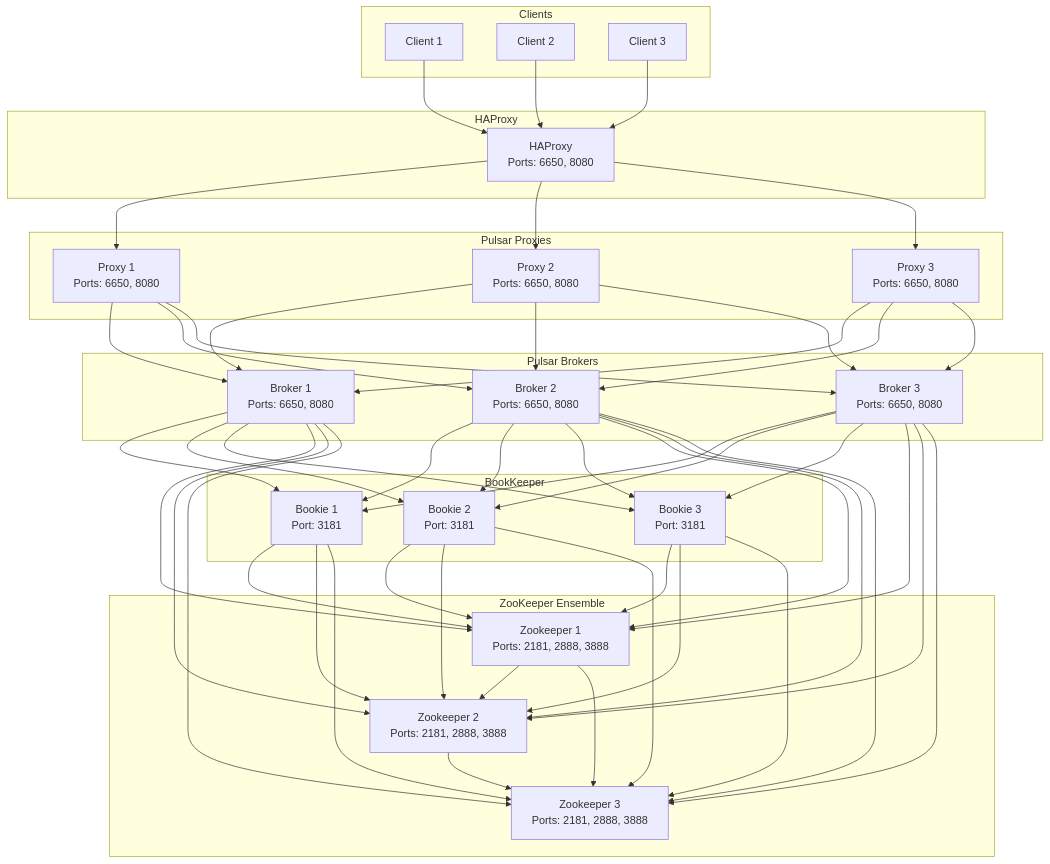
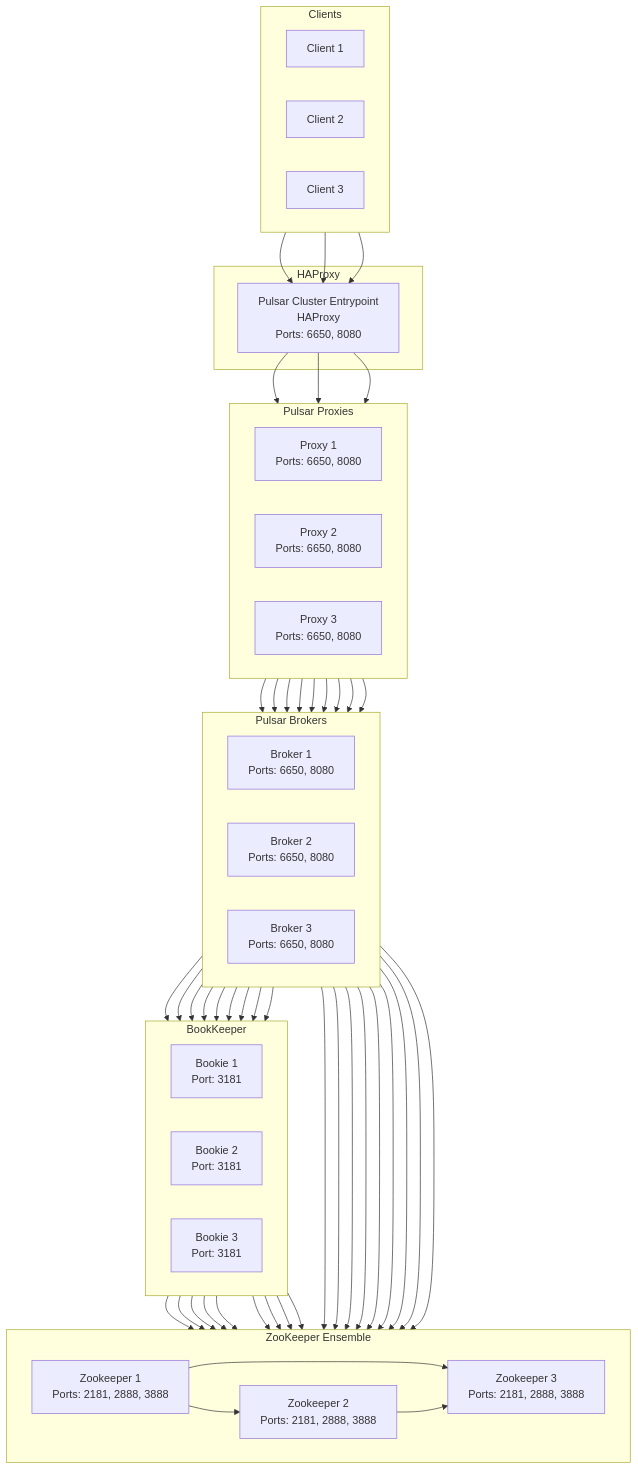
Before and after one commit to dellius-alexander/Milvus-HA-Cluster: the diagram in .devcontainer/services/pulsar/README.md, drawn with Mermaid.

Commit message:
refined pulsar cluster

````diff
--- a/.devcontainer/services/pulsar/README.md
+++ b/.devcontainer/services/pulsar/README.md
@@ -94,34 +94,39 @@
 ```mermaid
 graph TD
     subgraph Clients
+        direction LR
         C1[Client 1]
         C2[Client 2]
         C3[Client 3]
     end
 
     subgraph HAProxy
-        HP[HAProxy<br>Ports: 6650, 8080]
+        HP[Pulsar Cluster Entrypoint<br>HAProxy<br>Ports: 6650, 8080]
     end
 
     subgraph Pulsar Proxies
+        direction LR
         P1[Proxy 1<br>Ports: 6650, 8080]
         P2[Proxy 2<br>Ports: 6650, 8080]
         P3[Proxy 3<br>Ports: 6650, 8080]
     end
 
     subgraph Pulsar Brokers
+        direction LR
         B1[Broker 1<br>Ports: 6650, 8080]
         B2[Broker 2<br>Ports: 6650, 8080]
         B3[Broker 3<br>Ports: 6650, 8080]
     end
 
     subgraph BookKeeper
+        direction LR
         BK1[Bookie 1<br>Port: 3181]
         BK2[Bookie 2<br>Port: 3181]
         BK3[Bookie 3<br>Port: 3181]
     end
 
     subgraph ZooKeeper Ensemble
+        direction LR
         ZK1[Zookeeper 1<br>Ports: 2181, 2888, 3888]
         ZK2[Zookeeper 2<br>Ports: 2181, 2888, 3888]
         ZK3[Zookeeper 3<br>Ports: 2181, 2888, 3888]
````
